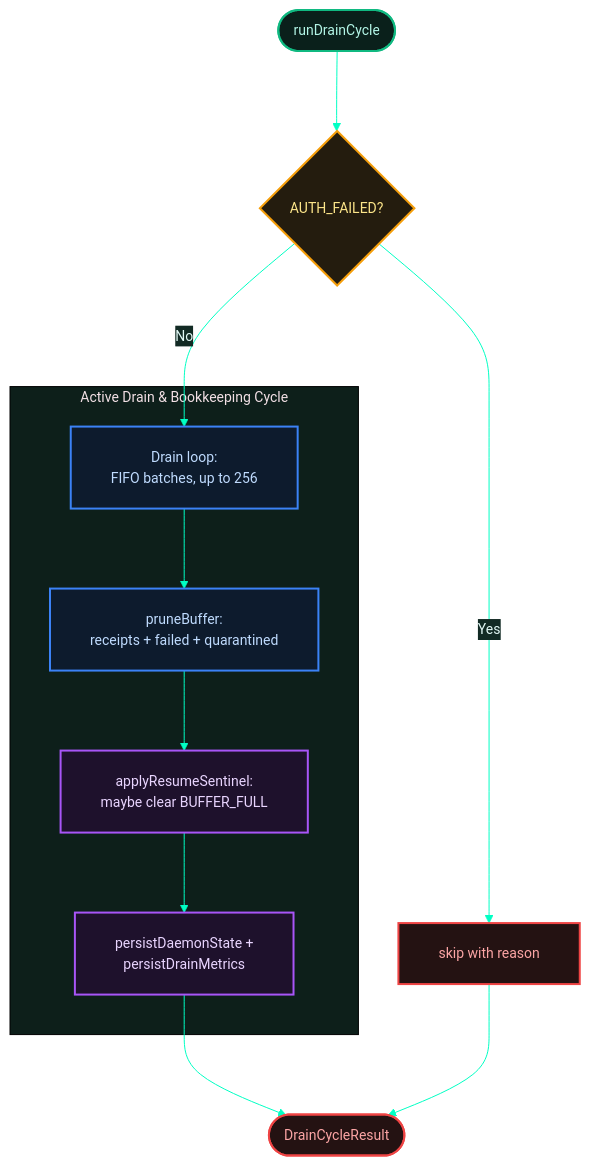
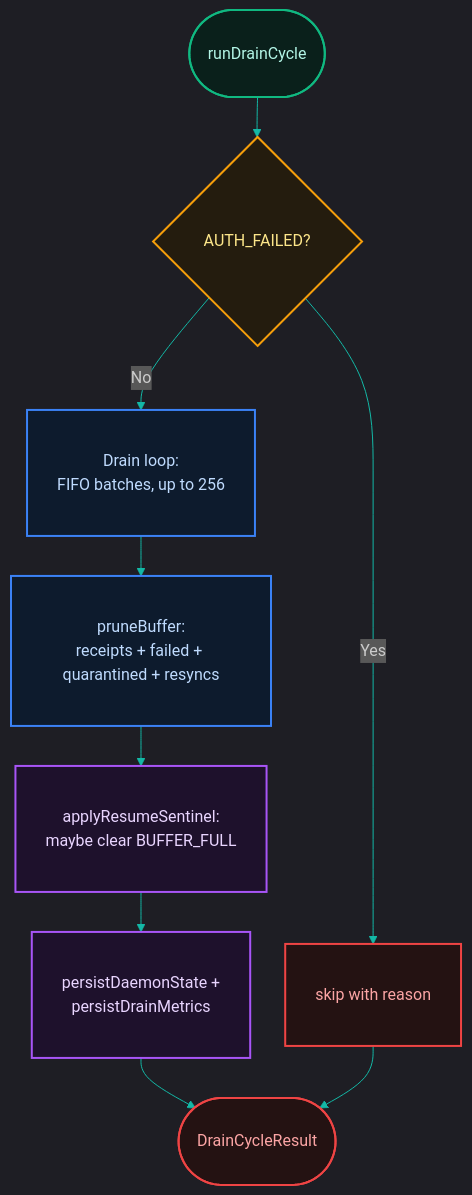
Before and after one commit to proxai/proxai_gateway: the first of 3 diagrams in docs/04-daemon-loops/4.2-drain-cycle.md, drawn with Mermaid. The commit also changed other lines of this file and 68 other files, not shown here.

````diff
--- a/docs/04-daemon-loops/4.2-drain-cycle.md
+++ b/docs/04-daemon-loops/4.2-drain-cycle.md
@@ -13,41 +13,28 @@
 ```mermaid
-%%{init:{"flowchart":{"useMaxWidth":false,"htmlLabels":true,"curve":"basis","nodeSpacing":60,"rankSpacing":80,"padding":20},"theme":"base","themeVariables":{"background":"#081612","primaryColor":"#081612","primaryTextColor":"#e2f8f5","primaryBorderColor":"#00ffc4","lineColor":"#00ffc4","secondaryColor":"#122a24","tertiaryColor":"#0d1f1a","fontSize":"14px"}}}%%
+%%{init: {"theme": "dark", "themeVariables": {"primaryColor": "#0a201b", "primaryTextColor": "#ccfbf1", "primaryBorderColor": "#14b8a6", "lineColor": "#14b8a6", "fontFamily": "Inter, sans-serif"}, "flowchart": {"nodeSpacing": 35, "rankSpacing": 40}}}%%
 flowchart TD
-  start([runDrainCycle])
-  gate{AUTH_FAILED?}
-  skip[skip with reason]
-
-  subgraph Cycle ["Active Drain & Bookkeeping Cycle"]
-    loop[Drain loop:<br/>FIFO batches, up to 256]
-    prune[pruneBuffer:<br/>receipts + failed + quarantined]
-    resume[applyResumeSentinel:<br/>maybe clear BUFFER_FULL]
-    persist[persistDaemonState +<br/>persistDrainMetrics]
-  end
-
-  done([DrainCycleResult])
-
-  start --> gate
-  gate -->|Yes| skip
-  gate -->|No| loop
-  loop --> prune
-  prune --> resume
-  resume --> persist
-  persist --> done
+  start([runDrainCycle]) --> gate{AUTH_FAILED?}
+  gate -->|"Yes"| skip[skip with reason]
+  gate -->|"No"| loop[Drain loop:<br/>FIFO batches, up to 256]
+  loop --> prune[pruneBuffer:<br/>receipts + failed + quarantined + resyncs]
+  prune --> resume[applyResumeSentinel:<br/>maybe clear BUFFER_FULL]
+  resume --> persist[persistDaemonState +<br/>persistDrainMetrics]
+  persist --> done([DrainCycleResult])
   skip --> done
 
-  classDef startNode fill:#0a201b,stroke:#10b981,stroke-width:2px,color:#b3f5e6;
-  classDef stopNode fill:#241212,stroke:#ef4444,stroke-width:2px,color:#fca5a5;
-  classDef decNode fill:#241c0e,stroke:#f59e0b,stroke-width:2px,color:#fde68a;
-  classDef processNode fill:#0d1b2d,stroke:#3b82f6,stroke-width:2px,color:#bfdbfe;
-  classDef actionNode fill:#1e112c,stroke:#a855f7,stroke-width:2px,color:#e9d5ff;
-  classDef default fill:#0a201b,stroke:#14b8a6,stroke-width:2px,color:#ccfbf1;
+  classDef startNode fill:#0a201b,stroke:#10b981,stroke-width:2px,color:#b3f5e6,padding:10px 25px;
+  classDef stopNode fill:#241212,stroke:#ef4444,stroke-width:2px,color:#fca5a5,padding:10px 25px;
+  classDef decNode fill:#241c0e,stroke:#f59e0b,stroke-width:2px,color:#fde68a,padding:10px 20px;
+  classDef processNode fill:#0d1b2d,stroke:#3b82f6,stroke-width:2px,color:#bfdbfe,padding:10px 20px;
+  classDef actionNode fill:#1e112c,stroke:#a855f7,stroke-width:2px,color:#e9d5ff,padding:10px 20px;
+  classDef default fill:#0a201b,stroke:#14b8a6,stroke-width:2px,color:#ccfbf1,padding:10px 20px;
 
   class start startNode;
   class gate decNode;
   class skip stopNode;
   class loop processNode;
   class prune processNode;
   class resume actionNode;
   class persist actionNode;
   class done stopNode;
 ```
````
